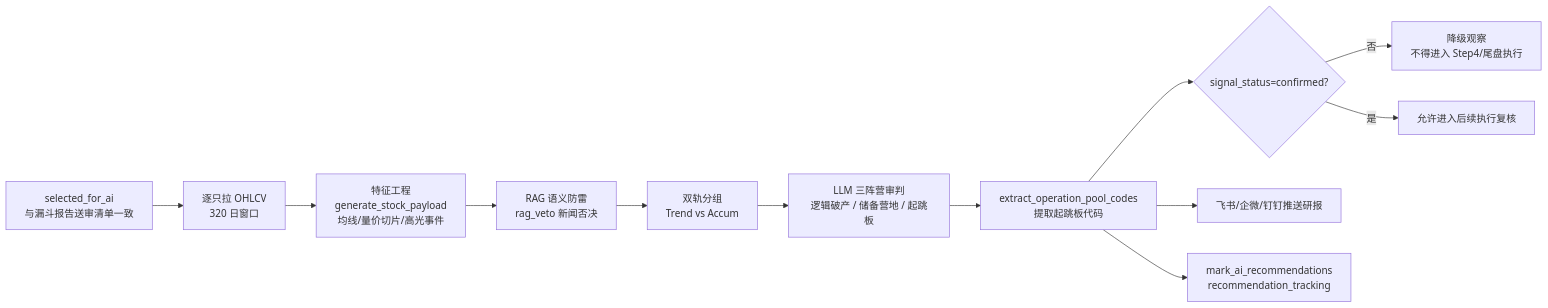
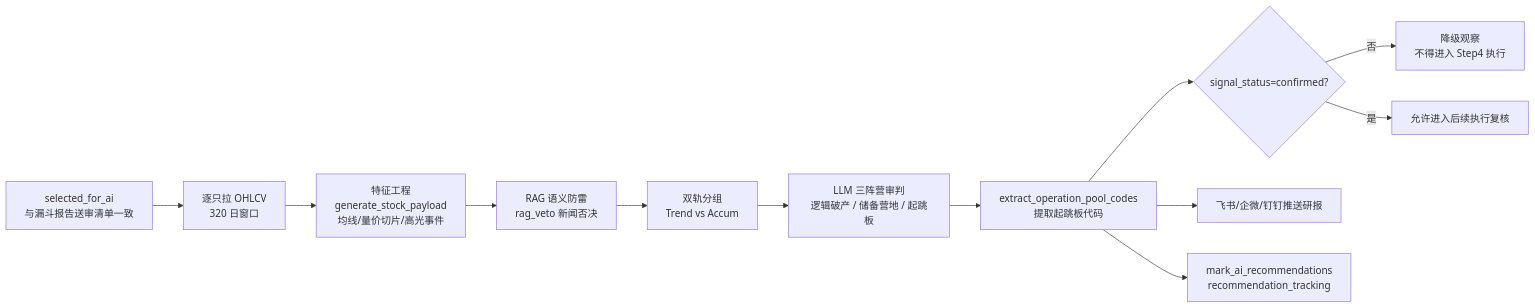
One commit to niyoh120/Wyckoff-Analysis changed the fourth of 7 diagrams in docs/A_SHARE_FUNNEL_FLOW.md. Above: the diagram before and after it, drawn with Mermaid. The commit also changed other lines of this file and 22 other files, not shown here.

````diff
--- a/docs/A_SHARE_FUNNEL_FLOW.md
+++ b/docs/A_SHARE_FUNNEL_FLOW.md
@@ -274,14 +274,14 @@
 ```mermaid
 flowchart LR
     IN["selected_for_ai<br/>与漏斗报告送审清单一致"] --> FETCH["逐只拉 OHLCV<br/>320 日窗口"]
     FETCH --> FEAT["特征工程<br/>generate_stock_payload<br/>均线/量价切片/高光事件"]
     FEAT --> RAG["RAG 语义防雷<br/>rag_veto 新闻否决"]
     RAG --> SPLIT["双轨分组<br/>Trend vs Accum"]
     SPLIT --> LLM["LLM 三阵营审判<br/>逻辑破产 / 储备营地 / 起跳板"]
     LLM --> OUT["extract_operation_pool_codes<br/>提取起跳板代码"]
     OUT --> GATE{"signal_status=confirmed?"}
-    GATE -->|否| WATCH["降级观察<br/>不得进入 Step4/尾盘执行"]
+    GATE -->|否| WATCH["降级观察<br/>不得进入 Step4 执行"]
     GATE -->|是| EXEC["允许进入后续执行复核"]
     OUT --> PUSH["飞书/企微/钉钉推送研报"]
     OUT --> MARK["mark_ai_recommendations<br/>recommendation_tracking"]
 ```
````
